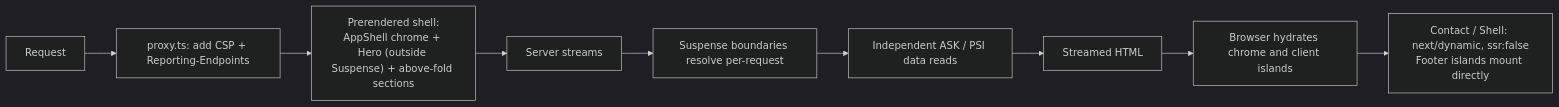
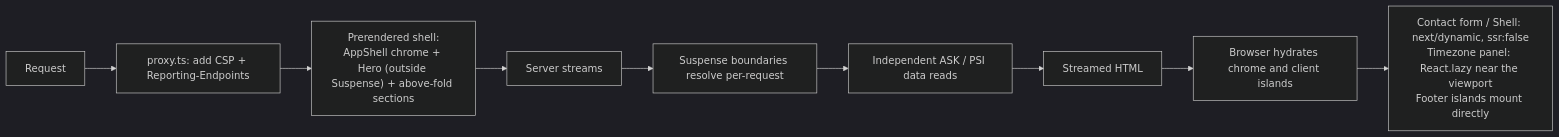
Before and after one commit to erikunha/portfolio: the third of 6 diagrams in docs/03-rendering-and-data-flow.md, drawn with Mermaid (dark theme). The commit also changed other lines of this file and 6 other files, not shown here.

First line of the commit message:
docs(contact): describe the timezone panel, messageStore and the unsticky card

````diff
--- a/docs/03-rendering-and-data-flow.md
+++ b/docs/03-rendering-and-data-flow.md
@@ -75,11 +75,11 @@
 ```mermaid
 flowchart LR
     req["Request"] --> px["proxy.ts: add CSP + Reporting-Endpoints"]
     px --> shell["Prerendered shell:<br/>AppShell chrome + Hero (outside Suspense) + above-fold sections"]
     shell --> stream["Server streams"]
     stream --> susp["Suspense boundaries resolve per-request"]
     susp --> dyn["Independent ASK / PSI data reads"]
     dyn --> html2["Streamed HTML"]
     html2 --> hydrate["Browser hydrates chrome and client islands"]
-    hydrate --> lazy["Contact / Shell: next/dynamic, ssr:false<br/>Footer islands mount directly"]
+    hydrate --> lazy["Contact form / Shell: next/dynamic, ssr:false<br/>Timezone panel: React.lazy near the viewport<br/>Footer islands mount directly"]
 ```
````
